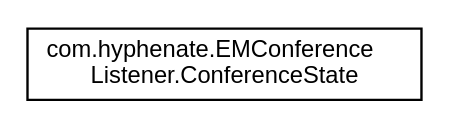
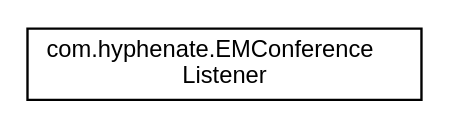
Before and after one commit to easemob/www.easemob.com: the diagram in static/apidoc/android/chat3.0/inherit_graph_66.dot, drawn with Graphviz. The commit also changed 284 other files, not shown here.

```diff
--- a/static/apidoc/android/chat3.0/inherit_graph_66.dot
+++ b/static/apidoc/android/chat3.0/inherit_graph_66.dot
@@ -1,7 +1,7 @@
 digraph "类继承关系图"
 {
   edge [fontname="Helvetica",fontsize="10",labelfontname="Helvetica",labelfontsize="10"];
   node [fontname="Helvetica",fontsize="10",shape=record];
   rankdir="LR";
-  Node1 [label="com.hyphenate.EMConference\lListener.ConferenceState",height=0.2,width=0.4,color="black", fillcolor="white", style="filled",URL="$enumcom_1_1hyphenate_1_1EMConferenceListener_1_1ConferenceState.html"];
+  Node1 [label="com.hyphenate.EMConference\lListener",height=0.2,width=0.4,color="black", fillcolor="white", style="filled",URL="$interfacecom_1_1hyphenate_1_1EMConferenceListener.html"];
 }
```
